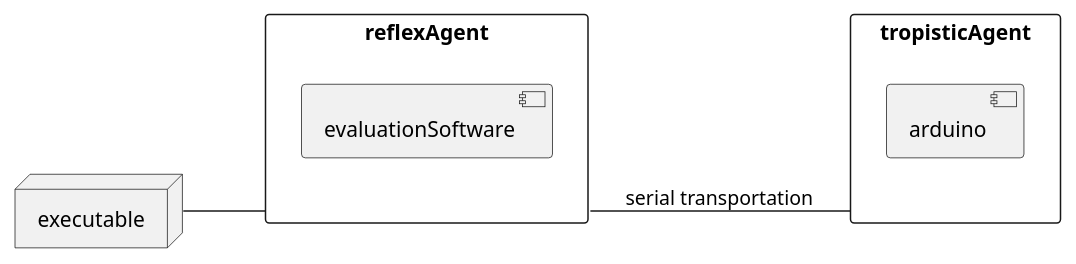
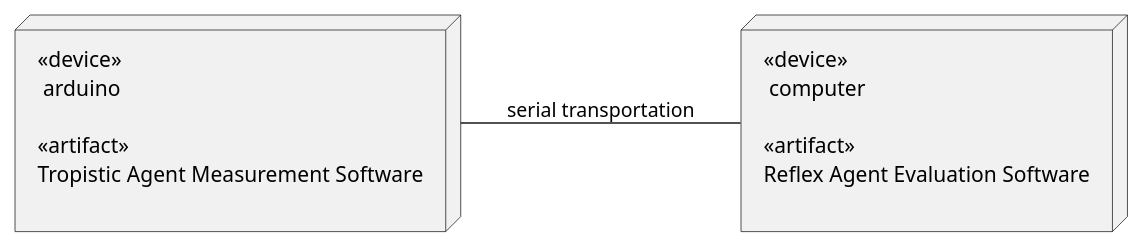
One commit to Ajmicco18/CSIS-5824-Applied-AI changed the diagram in TAME Individual Project/UML Documents/reflexAgentDeploy.puml. Above: the diagram before and after it, drawn with PlantUML. The commit also changed 4 other files, not shown here.

Commit message:
changed UML diagrams

```diff
--- a/TAME Individual Project/UML Documents/reflexAgentDeploy.puml
+++ b/TAME Individual Project/UML Documents/reflexAgentDeploy.puml
@@ -1,19 +1,28 @@
 @startuml reflexAgentDeploy
 
 left to right direction
 
-node executable
 
-rectangle tropisticAgent {
-     component arduino
-} 
-rectangle reflexAgent{
-    component evaluationSoftware
-}
+node arduino[
+    <<device>> 
+     arduino
 
-executable -- reflexAgent
-reflexAgent -- tropisticAgent : serial transportation
+    <<artifact>>
+Tropistic Agent Measurement Software
+
+]
+
+node computer[
+    <<device>> 
+     computer
+
+    <<artifact>>
+    Reflex Agent Evaluation Software
+
+]
+
+arduino -- computer : serial transportation
 
     
 
 @enduml
```
